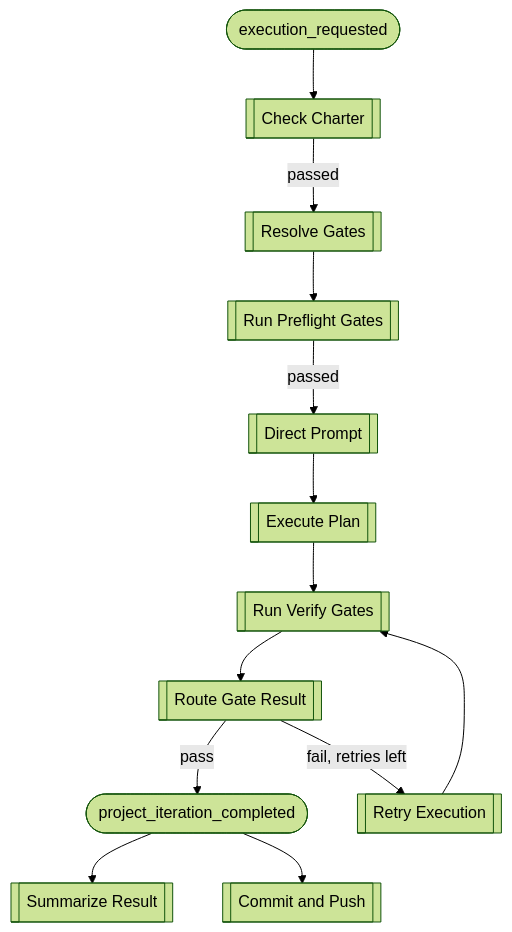
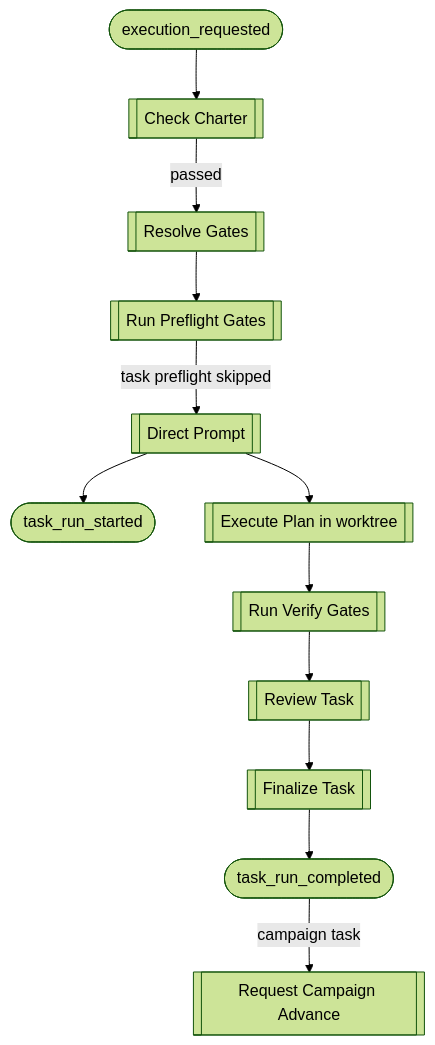
One commit to svetzal/foundry changed the third of 9 diagrams in book/src/guide/workflow-formations.md. Above: the diagram before and after it, drawn with Mermaid (forest theme). The commit also changed other lines of this file and 12 other files, not shown here.

````diff
--- a/book/src/guide/workflow-formations.md
+++ b/book/src/guide/workflow-formations.md
@@ -136,15 +149,14 @@
 ```mermaid
 flowchart TD
     A([execution_requested]) --> B[[Check Charter]]
     B -->|passed| C[[Resolve Gates]]
     C --> D[[Run Preflight Gates]]
-    D -->|passed| E[[Direct Prompt]]
-    E --> F[[Execute Plan]]
-    F --> G[[Run Verify Gates]]
-    G --> H[[Route Gate Result]]
-    H -->|pass| I([project_iteration_completed])
-    H -->|fail, retries left| J[[Retry Execution]]
-    J --> G
-    I --> K[[Summarize Result]]
-    I --> L[[Commit and Push]]
+    D -->|task preflight skipped| E[[Direct Prompt]]
+    E --> F([task_run_started])
+    E --> G[[Execute Plan in worktree]]
+    G --> H[[Run Verify Gates]]
+    H --> I[[Review Task]]
+    I --> J[[Finalize Task]]
+    J --> K([task_run_completed])
+    K -->|campaign task| L[[Request Campaign Advance]]
 ```
````
